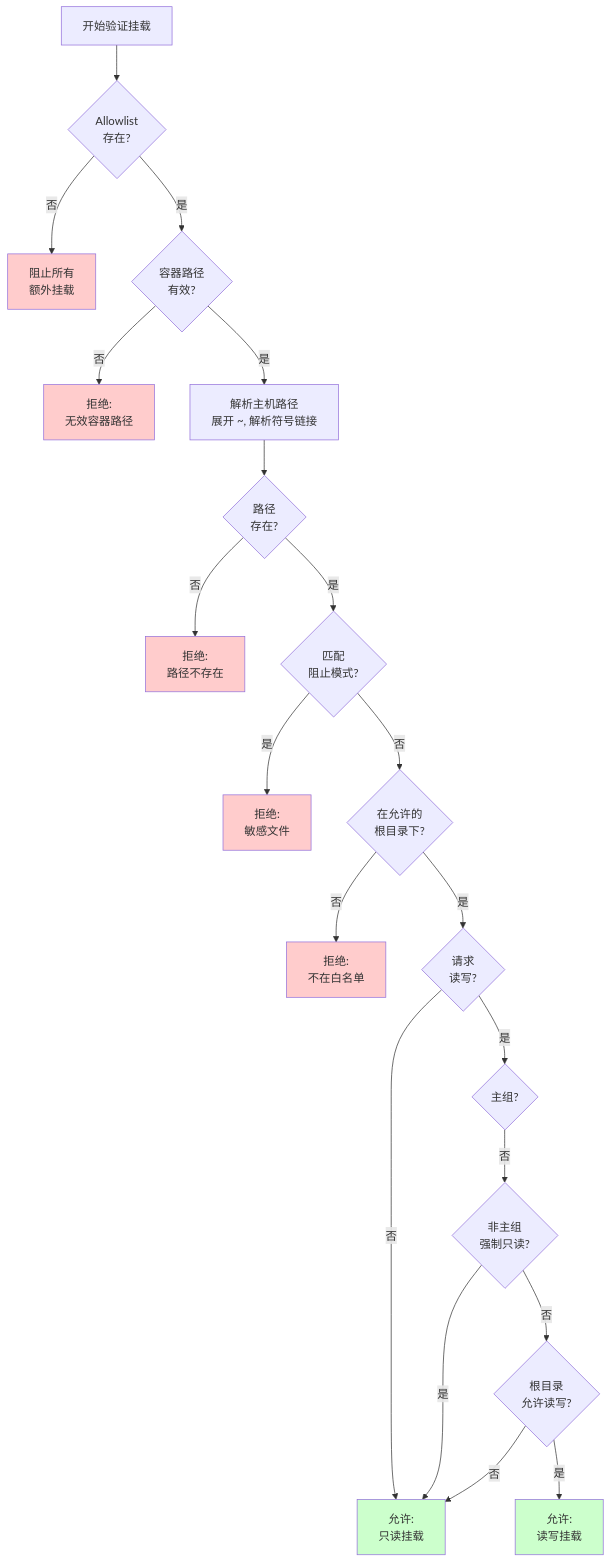
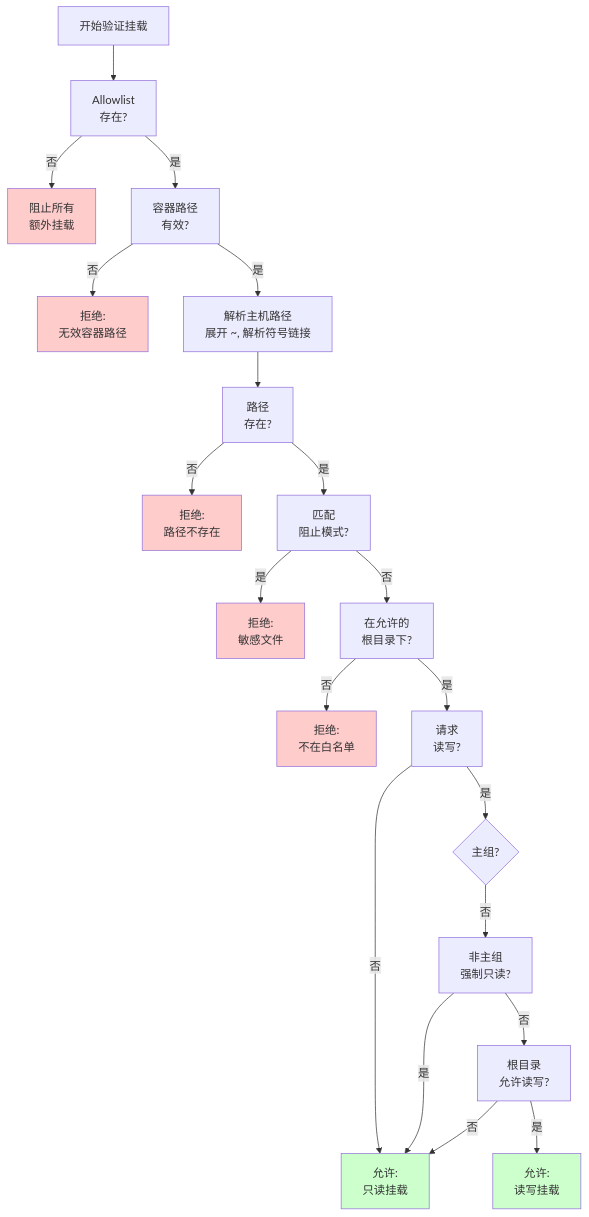
Before and after one commit to cloudyan/nanoclaw: the second of 3 diagrams in analysis/15-安全模型实现细节.md, drawn with Mermaid. The commit also changed other lines of this file and 14 other files, not shown here.

First line of the commit message:
docs: 修复所有Mermaid语法错误并建立CI检查流程

````diff
--- a/analysis/15-安全模型实现细节.md
+++ b/analysis/15-安全模型实现细节.md
@@ -439,37 +439,37 @@
 ```mermaid
 flowchart TD
-    Start[开始验证挂载] --> CheckAllowlist{Allowlist<br/>存在?}
-    CheckAllowlist -->|否| Block1[阻止所有<br/>额外挂载]
-    CheckAllowlist -->|是| CheckContainerPath{容器路径<br/>有效?}
+    Start[开始验证挂载] --> CheckAllowlist["Allowlist<br/>存在?"]
+    CheckAllowlist -->|否| Block1["阻止所有<br/>额外挂载"]
+    CheckAllowlist -->|是| CheckContainerPath["容器路径<br/>有效?"]
 
-    CheckContainerPath -->|否| Block2[拒绝:<br/>无效容器路径]
-    CheckContainerPath -->|是| ResolvePath[解析主机路径<br/>展开 ~, 解析符号链接]
+    CheckContainerPath -->|否| Block2["拒绝:<br/>无效容器路径"]
+    CheckContainerPath -->|是| ResolvePath["解析主机路径<br/>展开 ~, 解析符号链接"]
 
-    ResolvePath --> PathExists{路径<br/>存在?}
-    PathExists -->|否| Block3[拒绝:<br/>路径不存在]
-    PathExists -->|是| CheckBlocked{匹配<br/>阻止模式?}
+    ResolvePath --> PathExists["路径<br/>存在?"]
+    PathExists -->|否| Block3["拒绝:<br/>路径不存在"]
+    PathExists -->|是| CheckBlocked["匹配<br/>阻止模式?"]
 
-    CheckBlocked -->|是| Block4[拒绝:<br/>敏感文件]
-    CheckBlocked -->|否| CheckAllowedRoot{在允许的<br/>根目录下?}
+    CheckBlocked -->|是| Block4["拒绝:<br/>敏感文件"]
+    CheckBlocked -->|否| CheckAllowedRoot["在允许的<br/>根目录下?"]
 
-    CheckAllowedRoot -->|否| Block5[拒绝:<br/>不在白名单]
-    CheckAllowedRoot -->|是| CheckReadWrite{请求<br/>读写?}
+    CheckAllowedRoot -->|否| Block5["拒绝:<br/>不在白名单"]
+    CheckAllowedRoot -->|是| CheckReadWrite["请求<br/>读写?"]
 
-    CheckReadWrite -->|否| AllowRO[允许:<br/>只读挂载]
+    CheckReadWrite -->|否| AllowRO["允许:<br/>只读挂载"]
     CheckReadWrite -->|是| CheckMainGroup{主组?}
 
-    CheckMainGroup -->|否| CheckNonMainRO{非主组<br/>强制只读?}
+    CheckMainGroup -->|否| CheckNonMainRO["非主组<br/>强制只读?"]
     CheckNonMainRO -->|是| AllowRO
-    CheckNonMainRO -->|否| CheckRootRW{根目录<br/>允许读写?}
+    CheckNonMainRO -->|否| CheckRootRW["根目录<br/>允许读写?"]
 
     CheckRootRW -->|否| AllowRO
-    CheckRootRW -->|是| AllowRW[允许:<br/>读写挂载]
+    CheckRootRW -->|是| AllowRW["允许:<br/>读写挂载"]
 
     style Block1 fill:#ffcccc
     style Block2 fill:#ffcccc
     style Block3 fill:#ffcccc
     style Block4 fill:#ffcccc
     style Block5 fill:#ffcccc
     style AllowRO fill:#ccffcc
     style AllowRW fill:#ccffcc
 ```
````
